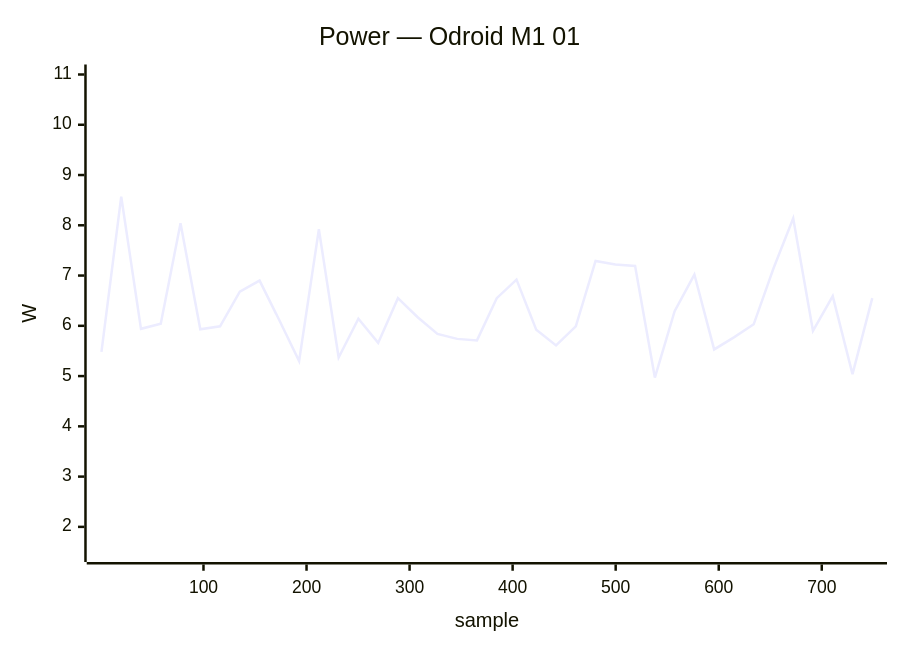
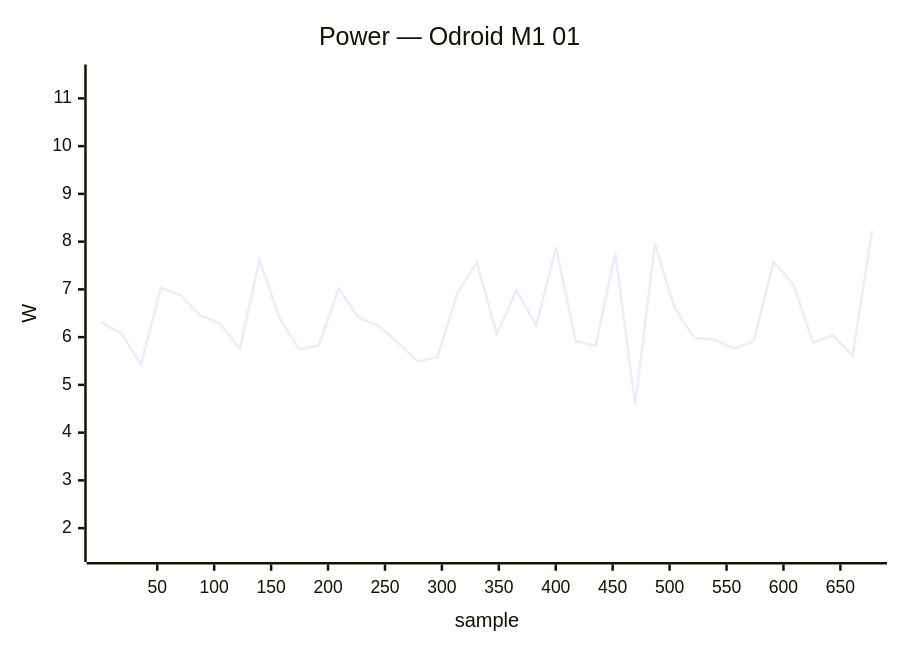
Before and after one commit to armbian/documentation: diagram 24 of 34 in docs/status/board-tests.md, drawn with Mermaid. The commit also changed other lines of this file, not shown here.

````diff
--- a/docs/status/board-tests.md
+++ b/docs/status/board-tests.md
@@ -1704,7 +1141,7 @@
 ```mermaid
 xychart-beta
     title "Power — Odroid M1 01"
-    x-axis "sample" 1 --> 749
-    y-axis "W" 1.5 --> 11.0
-    line [5.48, 8.57, 5.94, 6.04, 8.04, 5.93, 5.99, 6.68, 6.90, 6.11, 5.30, 7.92, 5.37, 6.14, 5.66, 6.55, 6.17, 5.84, 5.74, 5.71, 6.55, 6.92, 5.92, 5.61, 5.99, 7.29, 7.22, 7.19, 4.97, 6.29, 7.02, 5.53, 5.77, 6.03, 7.14, 8.14, 5.90, 6.59, 5.04, 6.55]
+    x-axis "sample" 1 --> 678
+    y-axis "W" 1.5 --> 11.5
+    line [6.31, 6.08, 5.43, 7.03, 6.88, 6.46, 6.28, 5.76, 7.62, 6.40, 5.75, 5.83, 7.02, 6.41, 6.24, 5.88, 5.49, 5.58, 6.92, 7.56, 6.06, 6.98, 6.24, 7.88, 5.91, 5.82, 7.76, 4.58, 7.95, 6.61, 5.98, 5.95, 5.76, 5.91, 7.57, 7.11, 5.89, 6.04, 5.61, 8.24]
 ```
````
